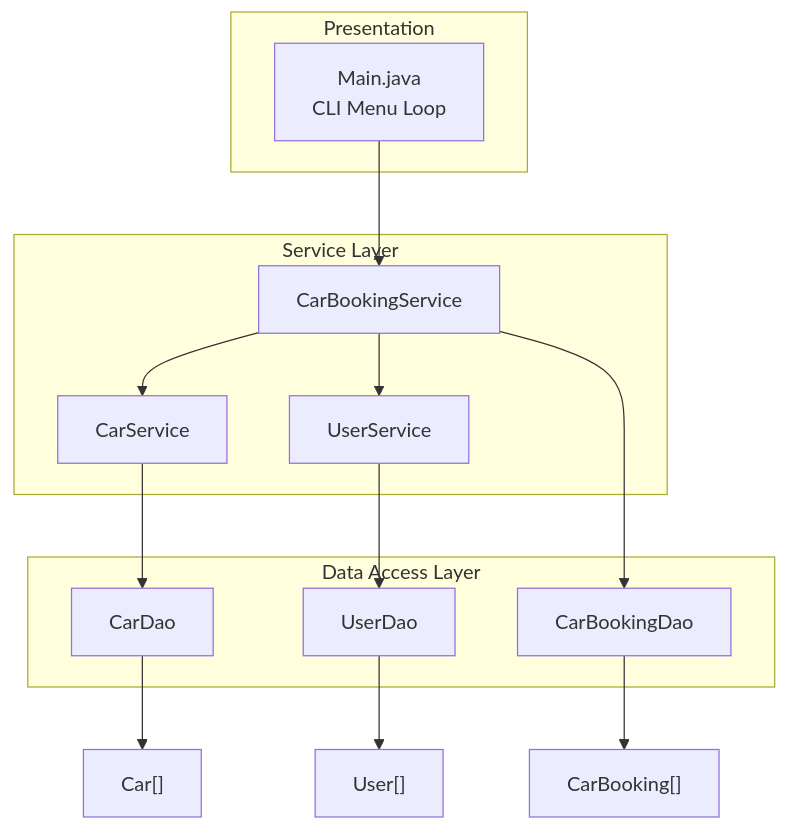
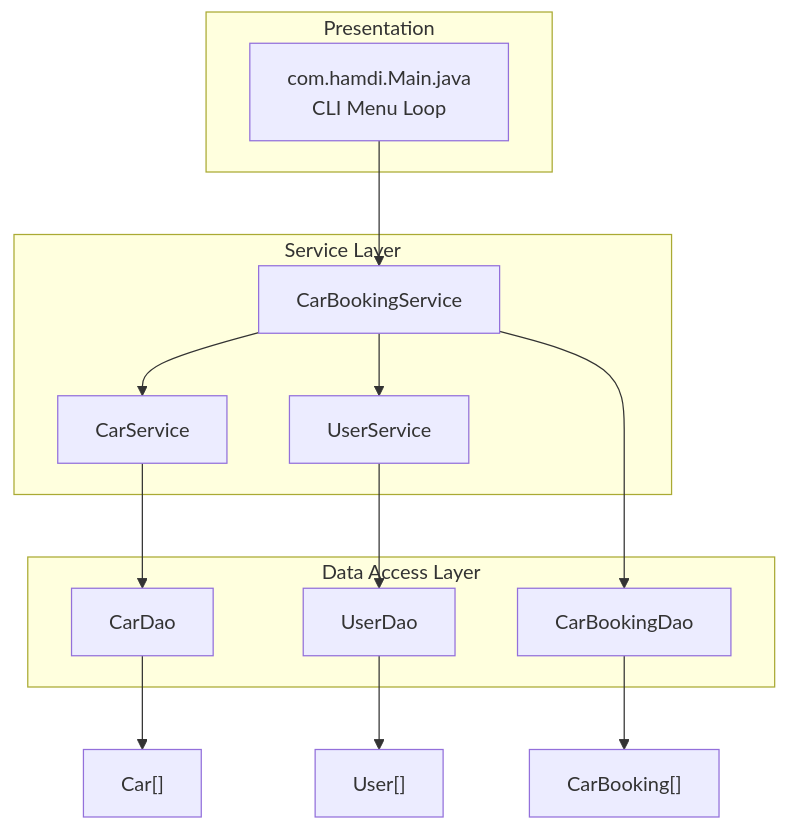
Before and after one commit to hamdihismail/java-master-class: the fifth of 10 diagrams in README.md, drawn with Mermaid. The commit also changed other lines of this file and 13 other files, not shown here.

````diff
--- a/README.md
+++ b/README.md
@@ -301,28 +301,28 @@
 ```mermaid
 graph TB
     subgraph Presentation
-        M[Main.java<br>CLI Menu Loop]
+        M[com.hamdi.Main.java<br>CLI Menu Loop]
     end
 
     subgraph Service Layer
         CBS[CarBookingService]
         CS[CarService]
         US[UserService]
     end
 
     subgraph Data Access Layer
         CBD[CarBookingDao]
         CD[CarDao]
         UD[UserDao]
     end
 
     M --> CBS
     CBS --> CS
     CBS --> US
     CBS --> CBD
     CS --> CD
     US --> UD
     CBD --> BA["CarBooking[]"]
     CD --> CA["Car[]"]
     UD --> UA["User[]"]
 ```
````
